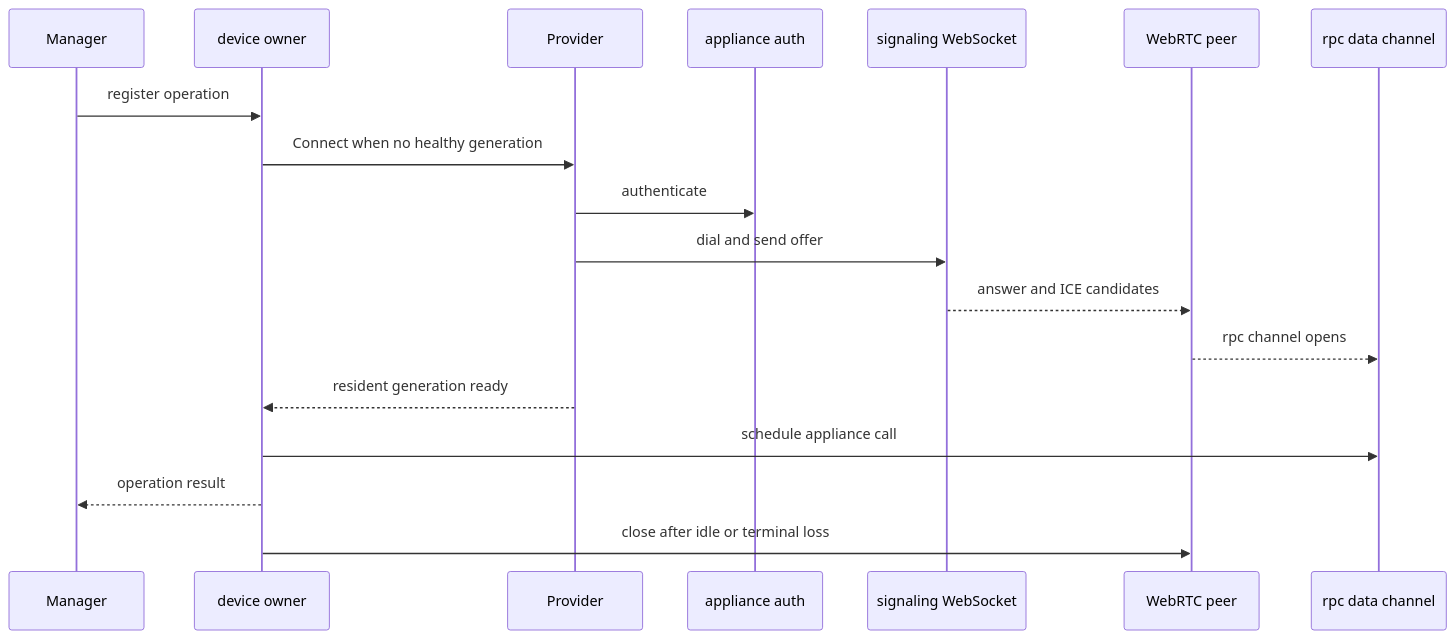
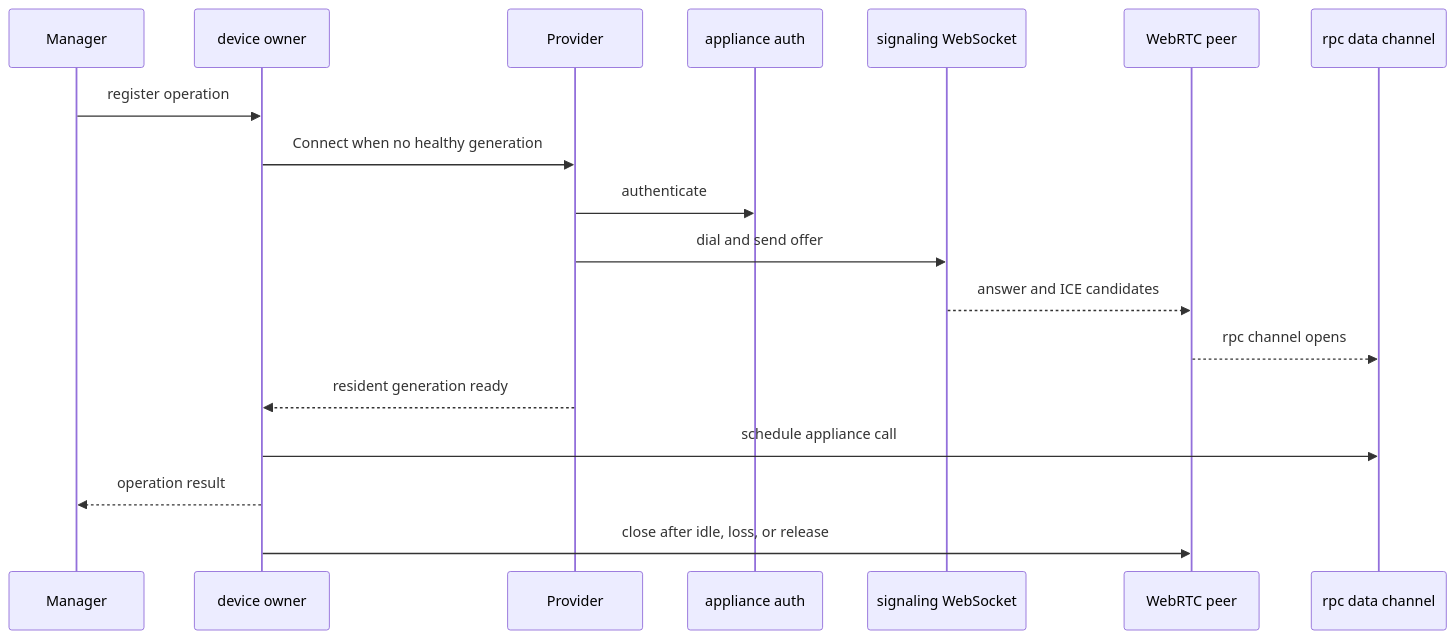
The diagram in openwiki/runtime/sessions-and-device-protocol.md (BenDManning/jetkvm-mcp), drawn with Mermaid before and after one commit. The commit also changed other lines of this file and 6 other files, not shown here.

````diff
--- a/openwiki/runtime/sessions-and-device-protocol.md
+++ b/openwiki/runtime/sessions-and-device-protocol.md
@@ -20,20 +20,20 @@
 ```mermaid
 sequenceDiagram
   participant Manager
   participant Owner as device owner
   participant Provider
   participant Auth as appliance auth
   participant Signal as signaling WebSocket
   participant Peer as WebRTC peer
   participant RPC as rpc data channel
   Manager->>Owner: register operation
   Owner->>Provider: Connect when no healthy generation
   Provider->>Auth: authenticate
   Provider->>Signal: dial and send offer
   Signal-->>Peer: answer and ICE candidates
   Peer-->>RPC: rpc channel opens
   Provider-->>Owner: resident generation ready
   Owner->>RPC: schedule appliance call
   Owner-->>Manager: operation result
-  Owner->>Peer: close after idle or terminal loss
+  Owner->>Peer: close after idle, loss, or release
 ```
````
